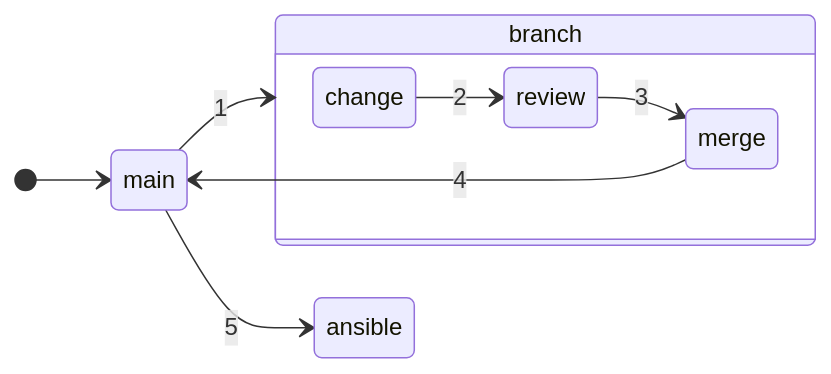
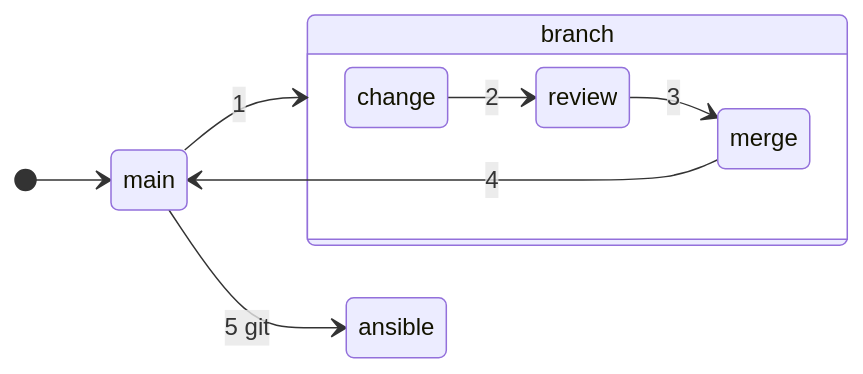
The diagram in README.md (sdncoder/sdncoder), drawn with Mermaid before and after one commit.

````diff
--- a/README.md
+++ b/README.md
@@ -9,13 +9,13 @@
  ```mermaid
    stateDiagram
    direction LR
     [*] --> main
     main --> branch : 1
     state branch {
     direction LR
     change --> review : 2
     review --> merge : 3
     }
     merge --> main : 4
-    main --> ansible : 5
+    main --> ansible : 5 git
  ```
````
